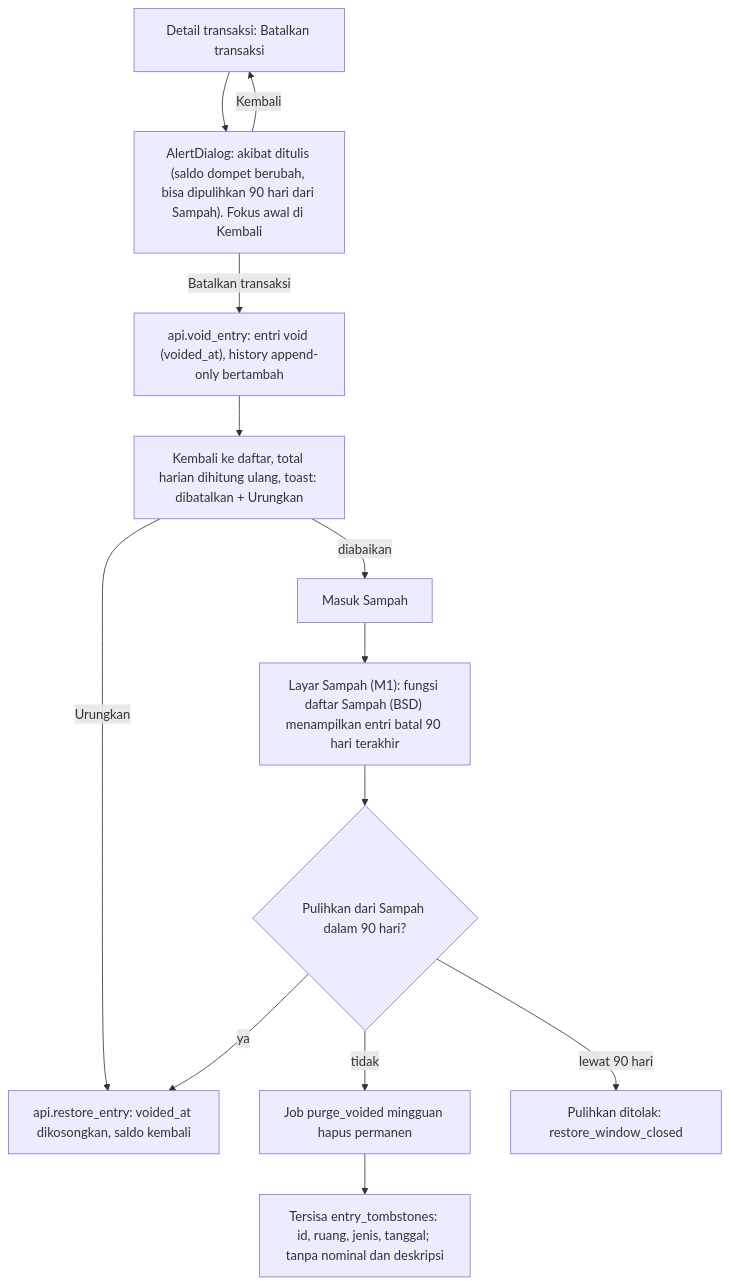
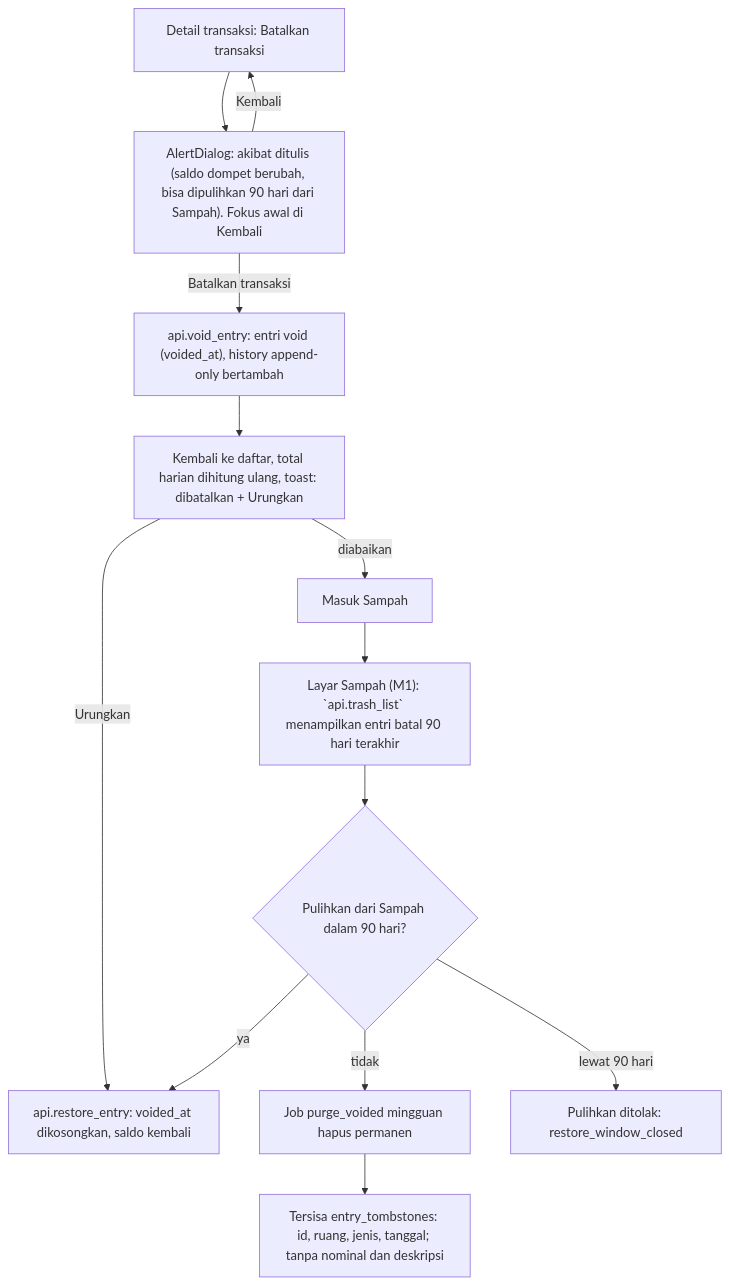
Before and after one commit to novandafadly/dompetku-v2: the fifth of 10 diagrams in docs/product/AFD.md, drawn with Mermaid. The commit also changed other lines of this file and 1 other file, not shown here.

First line of the commit message:
docs: AFD dan IPD memakai nama fungsi final BSD

````diff
--- a/docs/product/AFD.md
+++ b/docs/product/AFD.md
@@ -154,15 +154,15 @@
 ```mermaid
 flowchart TD
   A["Detail transaksi: Batalkan transaksi"] --> B["AlertDialog: akibat ditulis (saldo dompet berubah, bisa dipulihkan 90 hari dari Sampah). Fokus awal di Kembali"]
   B -- "Kembali" --> A
   B -- "Batalkan transaksi" --> C["api.void_entry: entri void (voided_at), history append-only bertambah"]
   C --> D["Kembali ke daftar, total harian dihitung ulang, toast: dibatalkan + Urungkan"]
   D -- "Urungkan" --> E["api.restore_entry: voided_at dikosongkan, saldo kembali"]
   D -- "diabaikan" --> F["Masuk Sampah"]
-  F --> F1["Layar Sampah (M1): fungsi daftar Sampah (BSD) menampilkan entri batal 90 hari terakhir"]
+  F --> F1["Layar Sampah (M1): `api.trash_list` menampilkan entri batal 90 hari terakhir"]
   F1 --> G{"Pulihkan dari Sampah dalam 90 hari?"}
   G -- "ya" --> E
   G -- "tidak" --> H["Job purge_voided mingguan hapus permanen"]
   H --> I["Tersisa entry_tombstones: id, ruang, jenis, tanggal; tanpa nominal dan deskripsi"]
   G -- "lewat 90 hari" --> E1["Pulihkan ditolak: restore_window_closed"]
 ```
````
